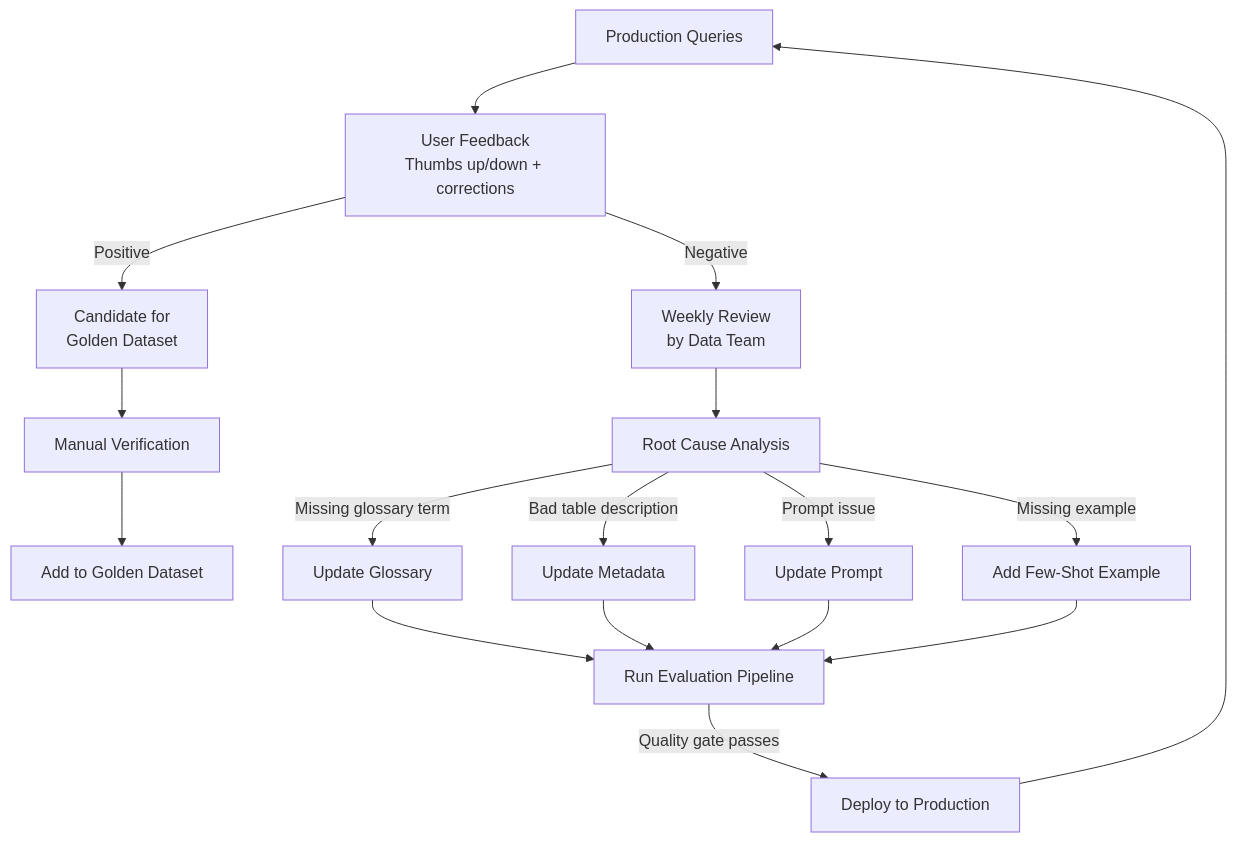
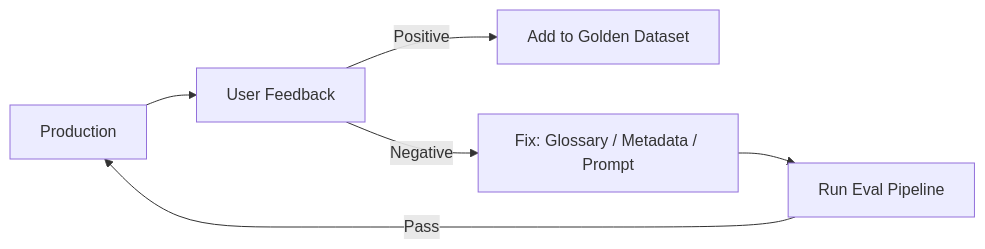
One commit to chirayu-2001/text-to-sql changed diagram 16 of 17 in agentic-text-to-sql-architecture.md. Above: the diagram before and after it, drawn with Mermaid. The commit also changed other lines of this file, not shown here.

Commit message:
Simplify mermaid diagrams for GitHub rendering

````diff
--- a/agentic-text-to-sql-architecture.md
+++ b/agentic-text-to-sql-architecture.md
@@ -2267,18 +2084,8 @@
 ```mermaid
-graph TD
-    PROD[Production Queries] --> FEEDBACK[User Feedback\nThumbs up/down + corrections]
-    FEEDBACK -->|Positive| CANDIDATE[Candidate for\nGolden Dataset]
-    FEEDBACK -->|Negative| REVIEW[Weekly Review\nby Data Team]
-    CANDIDATE --> VERIFY[Manual Verification] --> GOLDEN[Add to Golden Dataset]
-    REVIEW --> ROOT_CAUSE[Root Cause Analysis]
-    ROOT_CAUSE -->|Missing glossary term| GLOSSARY_UPDATE[Update Glossary]
-    ROOT_CAUSE -->|Bad table description| META_UPDATE[Update Metadata]
-    ROOT_CAUSE -->|Prompt issue| PROMPT_UPDATE[Update Prompt]
-    ROOT_CAUSE -->|Missing example| EXAMPLE_ADD[Add Few-Shot Example]
-    GLOSSARY_UPDATE --> EVAL_PIPELINE[Run Evaluation Pipeline]
-    META_UPDATE --> EVAL_PIPELINE
-    PROMPT_UPDATE --> EVAL_PIPELINE
-    EXAMPLE_ADD --> EVAL_PIPELINE
-    EVAL_PIPELINE -->|Quality gate passes| DEPLOY[Deploy to Production]
-    DEPLOY --> PROD
+graph LR
+    PROD[Production] --> FEEDBACK[User Feedback]
+    FEEDBACK -->|Positive| GOLDEN[Add to Golden Dataset]
+    FEEDBACK -->|Negative| FIX[Fix: Glossary / Metadata / Prompt]
+    FIX --> EVAL[Run Eval Pipeline]
+    EVAL -->|Pass| PROD
 ```
````
